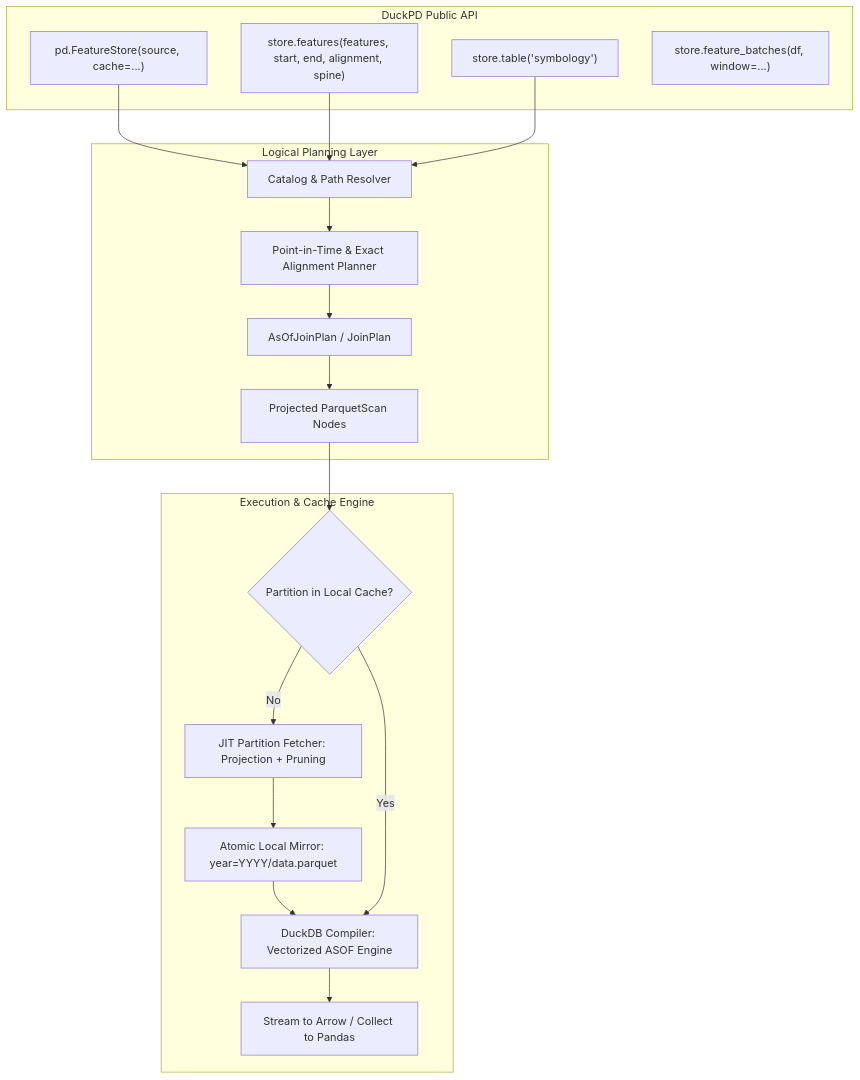
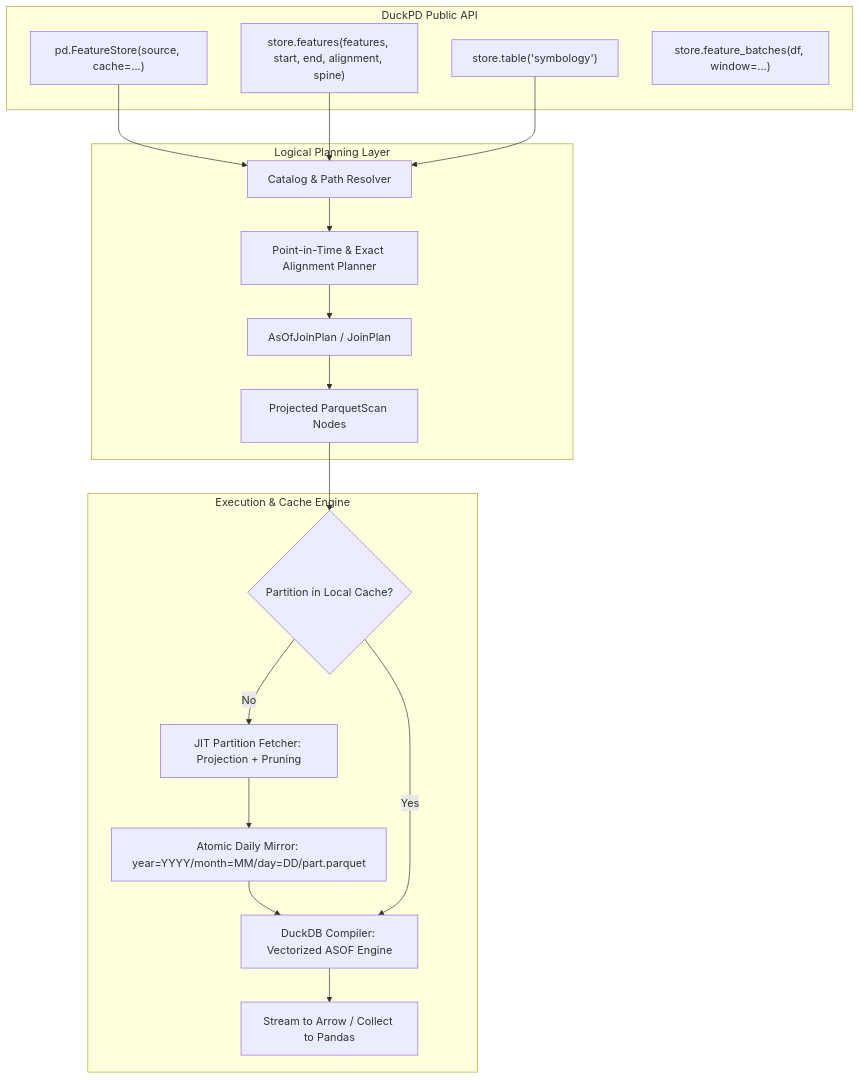
Before and after one commit to quantbert/duckpd: the diagram in docs/design/featurestore-architecture.md, drawn with Mermaid. The commit also changed other lines of this file and 21 other files, not shown here.

````diff
--- a/docs/design/featurestore-architecture.md
+++ b/docs/design/featurestore-architecture.md
@@ -231,37 +244,37 @@
 ```mermaid
 flowchart TD
     subgraph UserAPI [DuckPD Public API]
         A["pd.FeatureStore(source, cache=...)"]
         B["store.features(features, start, end, alignment, spine)"]
         C["store.table('symbology')"]
         D["store.feature_batches(df, window=...)"]
     end
 
     subgraph PlanLayer [Logical Planning Layer]
         E[Catalog & Path Resolver]
         F[Point-in-Time & Exact Alignment Planner]
         G[AsOfJoinPlan / JoinPlan]
         H[Projected ParquetScan Nodes]
     end
 
     subgraph ExecutionLayer [Execution & Cache Engine]
         I{Partition in Local Cache?}
         J[JIT Partition Fetcher: Projection + Pruning]
-        K[Atomic Local Mirror: year=YYYY/data.parquet]
+        K[Atomic Daily Mirror: year=YYYY/month=MM/day=DD/part.parquet]
         L[DuckDB Compiler: Vectorized ASOF Engine]
         M[Stream to Arrow / Collect to Pandas]
     end
 
     A --> E
     B --> E
     C --> E
     E --> F
     F --> G
     G --> H
     H --> I
     I -- No --> J
     J --> K
     K --> L
     I -- Yes --> L
     L --> M
 ```
````
